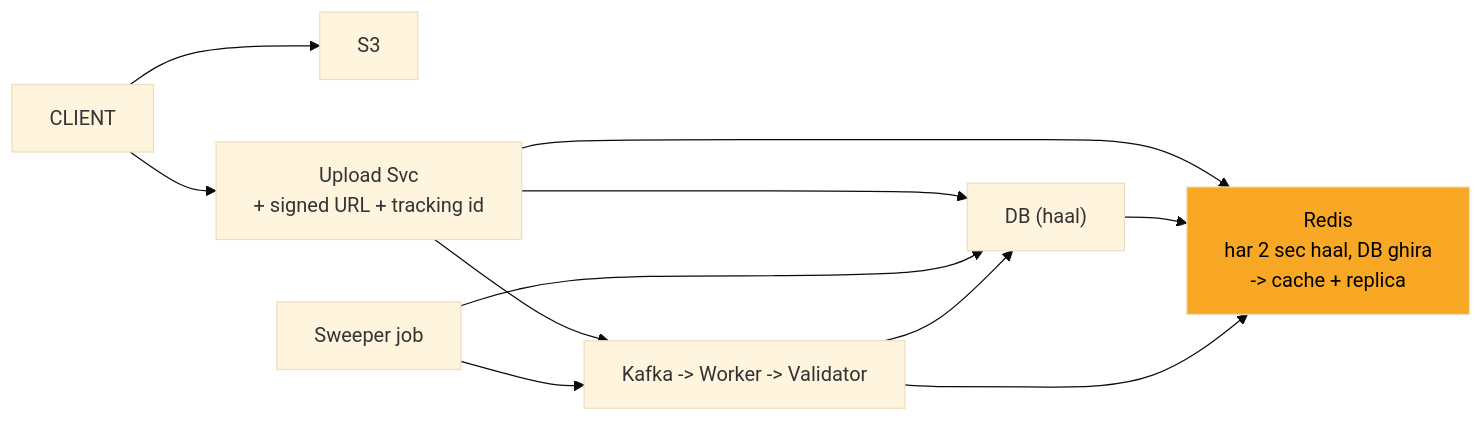
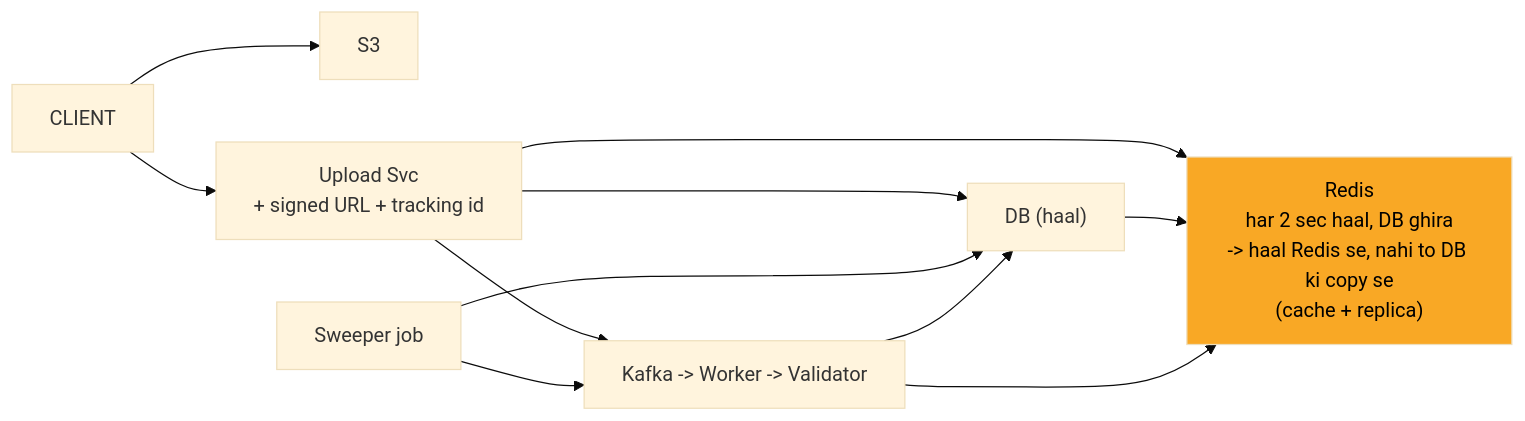
One commit to ArpanMaheshwari144/Prep changed the sixth of 11 diagrams in 04_HLD/SYSTEM_DESIGNS/07_file_upload_validate_system/07_file_upload_INTERVIEW.md. Above: the diagram before and after it, drawn with Mermaid (base theme). The commit also changed other lines of this file and 13 other files, not shown here.

````diff
--- a/04_HLD/SYSTEM_DESIGNS/07_file_upload_validate_system/07_file_upload_INTERVIEW.md
+++ b/04_HLD/SYSTEM_DESIGNS/07_file_upload_validate_system/07_file_upload_INTERVIEW.md
@@ -232,21 +232,21 @@
 ```mermaid
 flowchart LR
     n_CLIENT["CLIENT"]
     n_S3["S3"]
     n_Upload_Svc["Upload Svc<br/>+ signed URL + tracking id"]
-    n_RC["Redis<br/>har 2 sec haal, DB ghira<br/>-> cache + replica"]
+    n_RC["Redis<br/>har 2 sec haal, DB ghira<br/>-> haal Redis se, nahi to DB ki copy se<br/>(cache + replica)"]
     n_DB["DB (haal)"]
     n_Sweeper_job["Sweeper job"]
     n_CHAIN["Kafka -> Worker -> Validator"]
     n_CLIENT --> n_S3
     n_CLIENT --> n_Upload_Svc
     n_Upload_Svc --> n_RC
     n_Upload_Svc --> n_DB
     n_DB --> n_RC
     n_Upload_Svc --> n_CHAIN
     n_Sweeper_job --> n_DB
     n_Sweeper_job --> n_CHAIN
     n_CHAIN --> n_DB
     n_CHAIN --> n_RC
     style n_RC fill:#f9a825,color:#000
 ```
````
